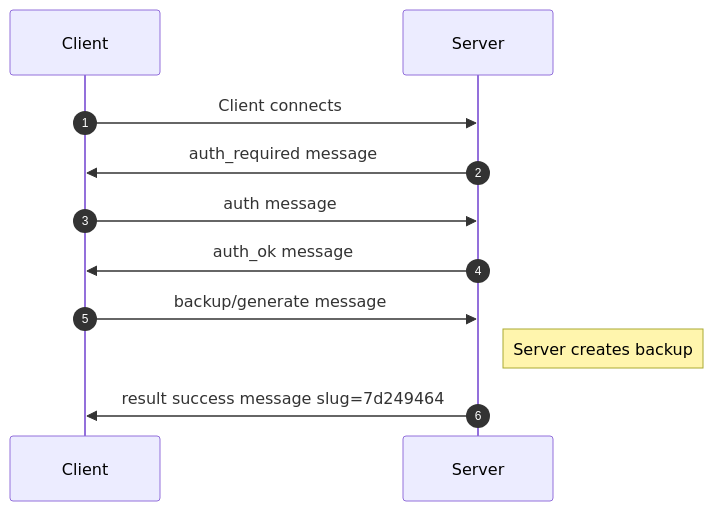
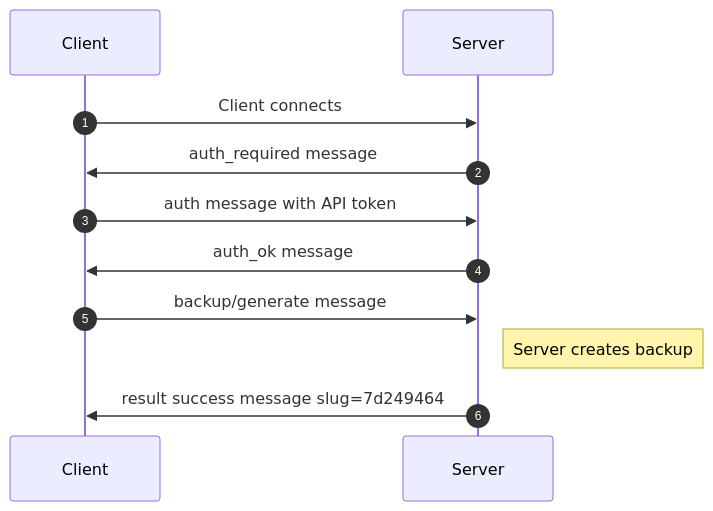
The first of 2 diagrams in README.md (pilkch/homeassistant-websocket-api-helper), drawn with Mermaid before and after one commit. The commit also changed other lines of this file, not shown here.

Commit message:
Updated data flow documentation.

````diff
--- a/README.md
+++ b/README.md
@@ -16,13 +21,13 @@
 ```mermaid
 sequenceDiagram
   autonumber
   participant C as Client
   participant S as Server
     C->>S: Client connects
     S->>C: auth_required message
-    C->>S: auth message
+    C->>S: auth message with API token
     S->>C: auth_ok message
     C->>S: backup/generate message
     Note right of S: Server creates backup
     S->>C: result success message slug=7d249464
 ```
````
